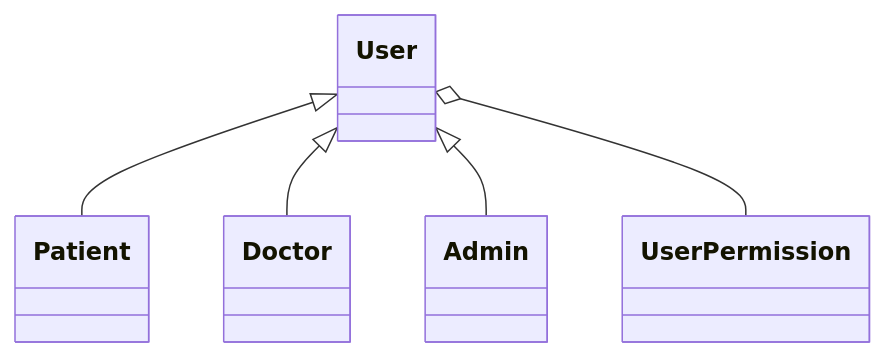
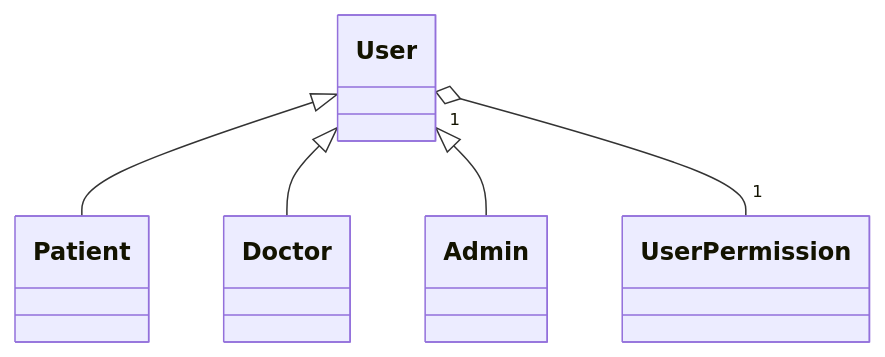
Before and after one commit to itvkist/infectious-disease: the second of 8 diagrams in BE_README.md, drawn with Mermaid. The commit also changed other lines of this file, not shown here.

````diff
--- a/BE_README.md
+++ b/BE_README.md
@@ -9,7 +9,7 @@
 ```mermaid
 classDiagram
 User <|-- Patient
 User <|-- Doctor
 User <|-- Admin
-User o-- UserPermission
+User "1" o-- "1" UserPermission
 ```
````
